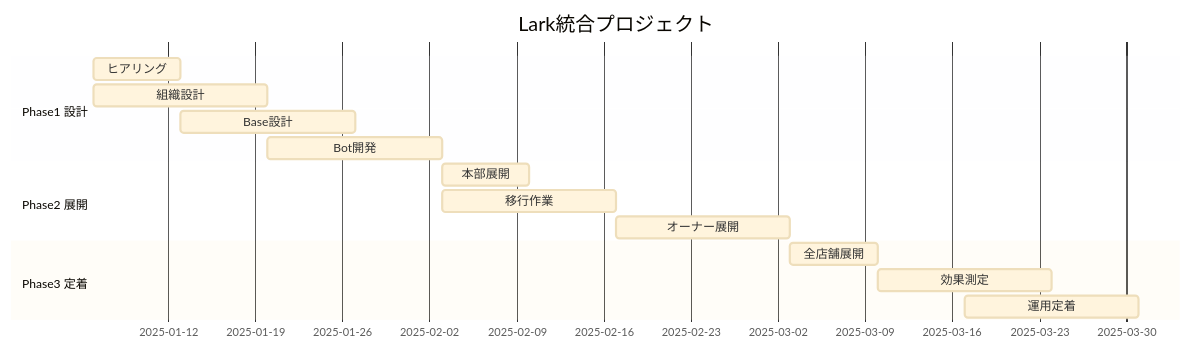
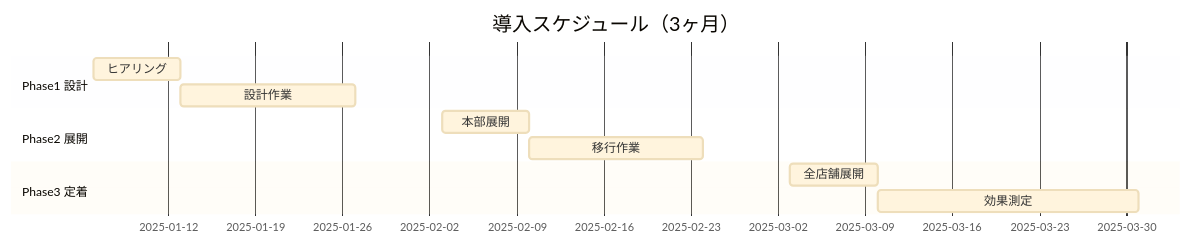
Diagram 11 of 15 in docs/FITPLACE_LARK_PROPOSAL.md (PLark-droid/lark-proposal), drawn with Mermaid before and after one commit. The commit also changed other lines of this file, not shown here.

First line of the commit message:
docs: redesign Mermaid diagrams for A4 portrait layout

````diff
--- a/docs/FITPLACE_LARK_PROPOSAL.md
+++ b/docs/FITPLACE_LARK_PROPOSAL.md
@@ -398,22 +407,18 @@
 ```mermaid
-%%{init: {'theme': 'base', 'themeVariables': { 'fontSize': '12px'}}}%%
+%%{init: {'theme': 'base', 'themeVariables': {'fontSize': '12px'}}}%%
 gantt
-    title Lark統合プロジェクト
+    title 導入スケジュール（3ヶ月）
     dateFormat YYYY-MM-DD
 
     section Phase1 設計
-    ヒアリング    :p1a, 2025-01-06, 7d
-    組織設計      :p1b, 2025-01-06, 14d
-    Base設計      :p1c, 2025-01-13, 14d
-    Bot開発       :p1d, 2025-01-20, 14d
+    ヒアリング    :2025-01-06, 7d
+    設計作業      :2025-01-13, 14d
 
     section Phase2 展開
-    本部展開      :p2a, 2025-02-03, 7d
-    移行作業      :p2b, 2025-02-03, 14d
-    オーナー展開  :p2d, 2025-02-17, 14d
+    本部展開      :2025-02-03, 7d
+    移行作業      :2025-02-10, 14d
 
     section Phase3 定着
-    全店舗展開    :p3a, 2025-03-03, 7d
-    効果測定      :p3c, 2025-03-10, 14d
-    運用定着      :p3d, 2025-03-17, 14d
+    全店舗展開    :2025-03-03, 7d
+    効果測定      :2025-03-10, 21d
 ```
````
